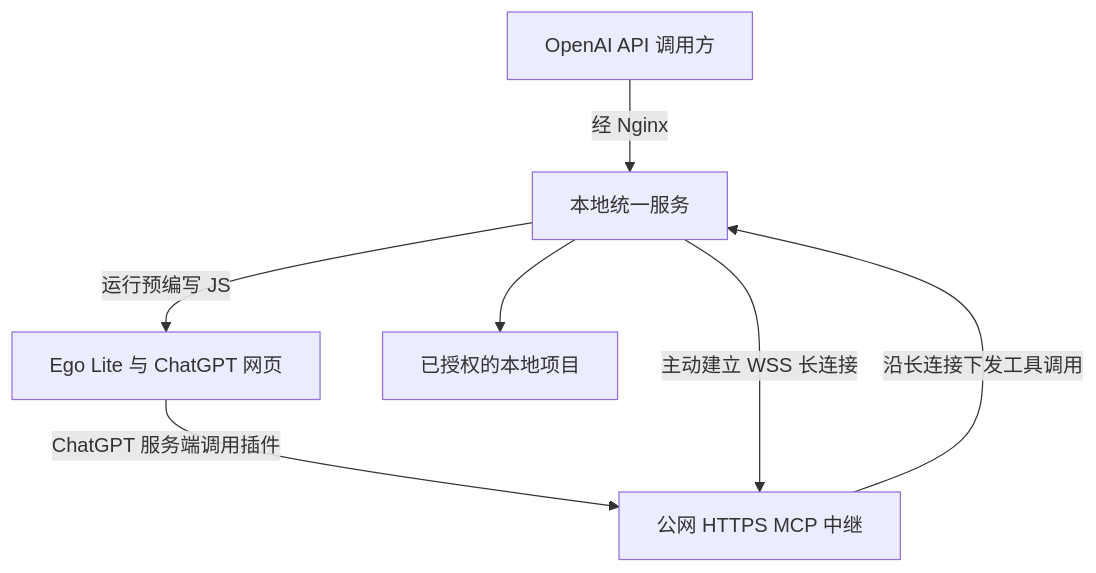
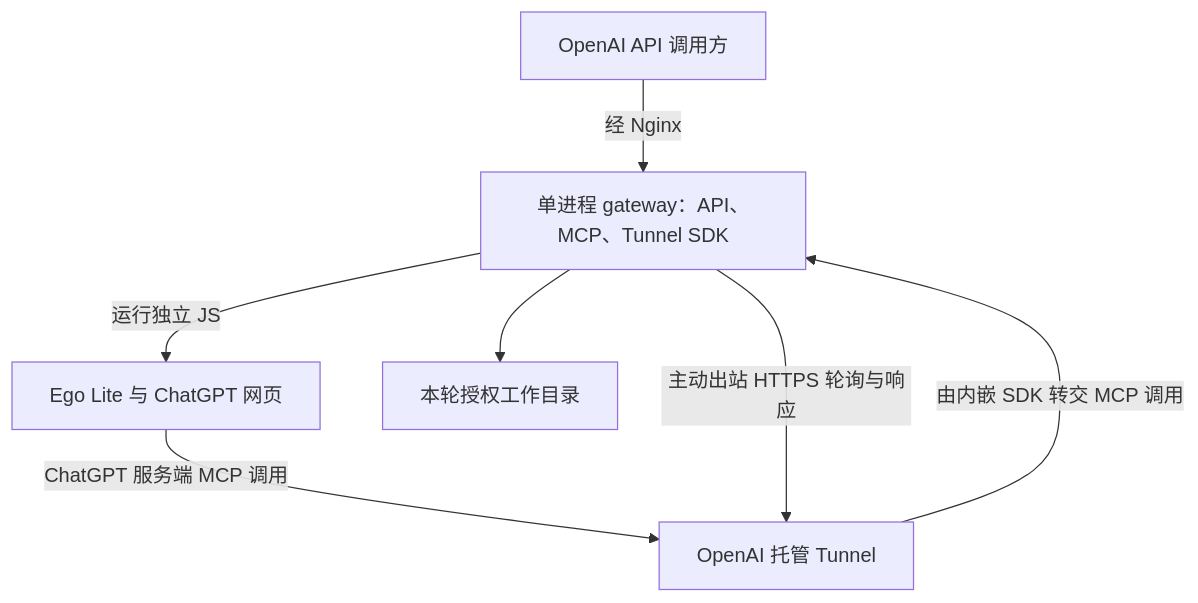
One commit to kk2land/gptweb2api changed the first of 2 diagrams in agents/implementation-plan.md. Above: the diagram before and after it, drawn with Mermaid. The commit also changed other lines of this file and 3 other files, not shown here.

Commit message:
docs: replace self-hosted relay with embedded OpenAI Tunnel SDK

````diff
--- a/agents/implementation-plan.md
+++ b/agents/implementation-plan.md
@@ -54,9 +55,9 @@
 ```mermaid
 flowchart TD
-    C["OpenAI API 调用方"] -->|"经 Nginx"| L["本地统一服务"]
-    L -->|"运行预编写 JS"| E["Ego Lite 与 ChatGPT 网页"]
-    E -->|"ChatGPT 服务端调用插件"| R["公网 HTTPS MCP 中继"]
-    L -->|"主动建立 WSS 长连接"| R
-    R -->|"沿长连接下发工具调用"| L
-    L --> W["已授权的本地项目"]
+    C["OpenAI API 调用方"] -->|"经 Nginx"| L["单进程 gateway：API、MCP、Tunnel SDK"]
+    L -->|"运行独立 JS"| E["Ego Lite 与 ChatGPT 网页"]
+    E -->|"ChatGPT 服务端 MCP 调用"| T["OpenAI 托管 Tunnel"]
+    L -->|"主动出站 HTTPS 轮询与响应"| T
+    T -->|"由内嵌 SDK 转交 MCP 调用"| L
+    L --> W["本轮授权工作目录"]
 ```
````
